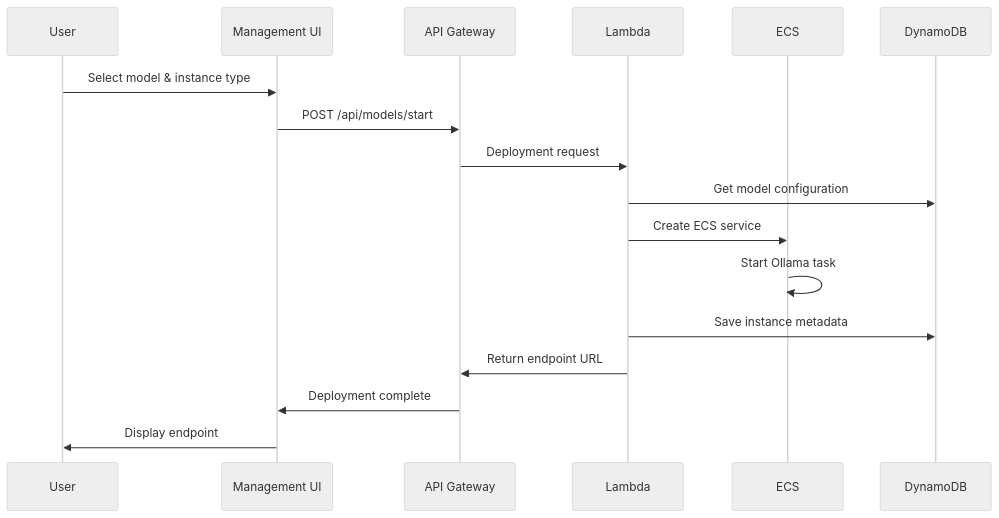
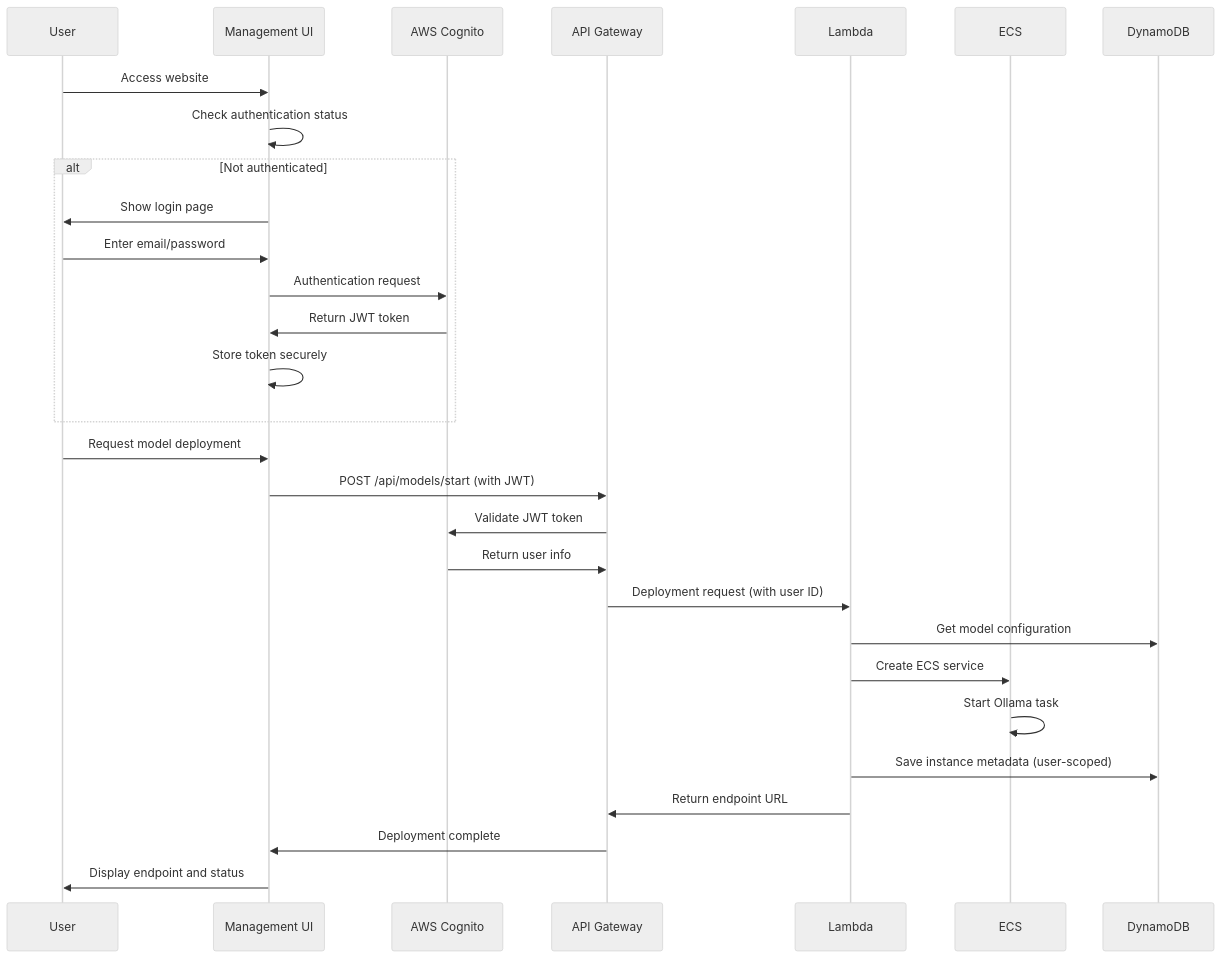
The second of 2 diagrams in README.md (clf13092/aws-ollama-llm-platform), drawn with Mermaid (neutral theme) before and after one commit. The commit also changed other lines of this file, not shown here.

Commit message:
Add comprehensive authentication system with AWS Cognito integration

````diff
--- a/README.md
+++ b/README.md
@@ -177,20 +284,33 @@
 ```mermaid
 sequenceDiagram
     participant U as User
     participant UI as Management UI
+    participant Cognito as AWS Cognito
     participant API as API Gateway
     participant L as Lambda
     participant ECS as ECS
     participant DDB as DynamoDB
     
-    U->>UI: Select model & instance type
-    UI->>API: POST /api/models/start
-    API->>L: Deployment request
+    U->>UI: Access website
+    UI->>UI: Check authentication status
+    alt Not authenticated
+        UI->>U: Show login page
+        U->>UI: Enter email/password
+        UI->>Cognito: Authentication request
+        Cognito->>UI: Return JWT token
+        UI->>UI: Store token securely
+    end
+    
+    U->>UI: Request model deployment
+    UI->>API: POST /api/models/start (with JWT)
+    API->>Cognito: Validate JWT token
+    Cognito->>API: Return user info
+    API->>L: Deployment request (with user ID)
     L->>DDB: Get model configuration
     L->>ECS: Create ECS service
     ECS->>ECS: Start Ollama task
-    L->>DDB: Save instance metadata
+    L->>DDB: Save instance metadata (user-scoped)
     L->>API: Return endpoint URL
     API->>UI: Deployment complete
-    UI->>U: Display endpoint
+    UI->>U: Display endpoint and status
 ```
````
